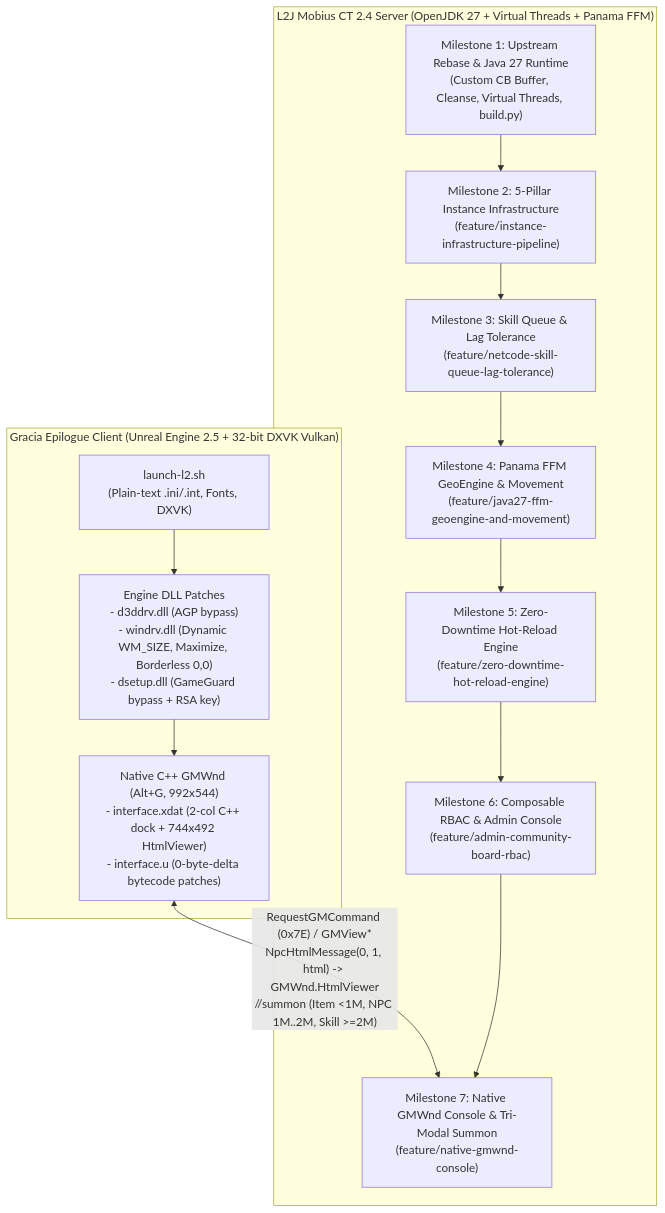
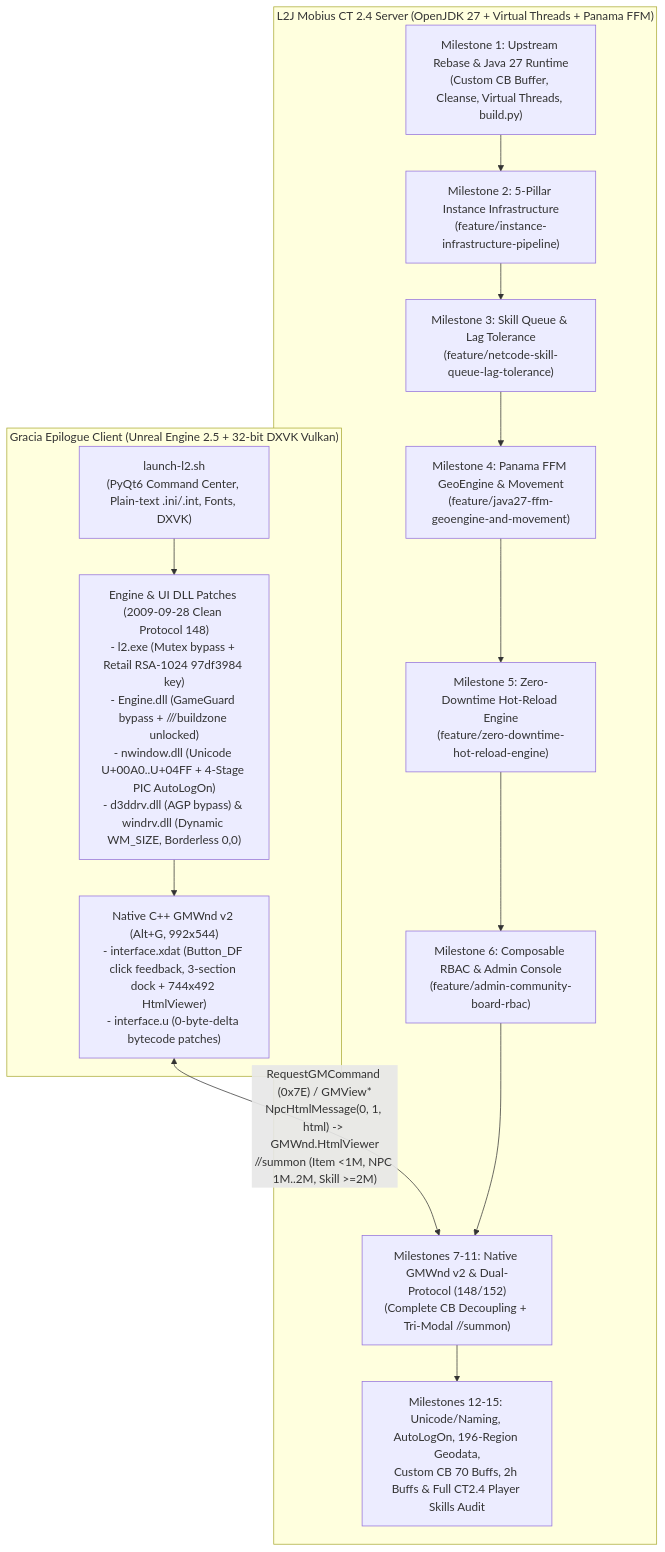
Before and after one commit to dwea0935/l2jmobius_dwea_fork: the diagram in FULL_PROJECT_ENGINEERING_LEDGER.md, drawn with Mermaid. The commit also changed other lines of this file and 11 other files, not shown here.

Commit message:
chore(audit): add l2_auditor.py, AGENTS.md governance, sync master docs (Milestones 11-15), and sync General.ini GMAudit

````diff
--- a/FULL_PROJECT_ENGINEERING_LEDGER.md
+++ b/FULL_PROJECT_ENGINEERING_LEDGER.md
@@ -29,22 +32,23 @@
 ```mermaid
 flowchart TD
     subgraph Client["Gracia Epilogue Client (Unreal Engine 2.5 + 32-bit DXVK Vulkan)"]
-        L2SH["launch-l2.sh\n(Plain-text .ini/.int, Fonts, DXVK)"]
-        DLL["Engine DLL Patches\n- d3ddrv.dll (AGP bypass)\n- windrv.dll (Dynamic WM_SIZE, Maximize, Borderless 0,0)\n- dsetup.dll (GameGuard bypass + RSA key)"]
-        GMWND["Native C++ GMWnd (Alt+G, 992x544)\n- interface.xdat (2-col C++ dock + 744x492 HtmlViewer)\n- interface.u (0-byte-delta bytecode patches)"]
+        L2SH["launch-l2.sh\n(PyQt6 Command Center, Plain-text .ini/.int, Fonts, DXVK)"]
+        DLL["Engine & UI DLL Patches (2009-09-28 Clean Protocol 148)\n- l2.exe (Mutex bypass + Retail RSA-1024 97df3984 key)\n- Engine.dll (GameGuard bypass + ///buildzone unlocked)\n- nwindow.dll (Unicode U+00A0..U+04FF + 4-Stage PIC AutoLogOn)\n- d3ddrv.dll (AGP bypass) & windrv.dll (Dynamic WM_SIZE, Borderless 0,0)"]
+        GMWND["Native C++ GMWnd v2 (Alt+G, 992x544)\n- interface.xdat (Button_DF click feedback, 3-section dock + 744x492 HtmlViewer)\n- interface.u (0-byte-delta bytecode patches)"]
     end
 
     subgraph Server["L2J Mobius CT 2.4 Server (OpenJDK 27 + Virtual Threads + Panama FFM)"]
         P0["Milestone 1: Upstream Rebase & Java 27 Runtime\n(Custom CB Buffer, Cleanse, Virtual Threads, build.py)"]
         P1["Milestone 2: 5-Pillar Instance Infrastructure\n(feature/instance-infrastructure-pipeline)"]
         P2["Milestone 3: Skill Queue & Lag Tolerance\n(feature/netcode-skill-queue-lag-tolerance)"]
         P3["Milestone 4: Panama FFM GeoEngine & Movement\n(feature/java27-ffm-geoengine-and-movement)"]
         P4["Milestone 5: Zero-Downtime Hot-Reload Engine\n(feature/zero-downtime-hot-reload-engine)"]
         P5["Milestone 6: Composable RBAC & Admin Console\n(feature/admin-community-board-rbac)"]
-        P6["Milestone 7: Native GMWnd Console & Tri-Modal Summon\n(feature/native-gmwnd-console)"]
+        P6["Milestones 7-11: Native GMWnd v2 & Dual-Protocol (148/152)\n(Complete CB Decoupling + Tri-Modal //summon)"]
+        P7["Milestones 12-15: Unicode/Naming, AutoLogOn, 196-Region Geodata,\nCustom CB 70 Buffs, 2h Buffs & Full CT2.4 Player Skills Audit"]
     end
 
     L2SH --> DLL --> GMWND
     GMWND <-->|"RequestGMCommand (0x7E) / GMView*\nNpcHtmlMessage(0, 1, html) -> GMWnd.HtmlViewer\n//summon (Item <1M, NPC 1M..2M, Skill >=2M)"| P6
-    P0 --> P1 --> P2 --> P3 --> P4 --> P5 --> P6
+    P0 --> P1 --> P2 --> P3 --> P4 --> P5 --> P6 --> P7
 ```
````
